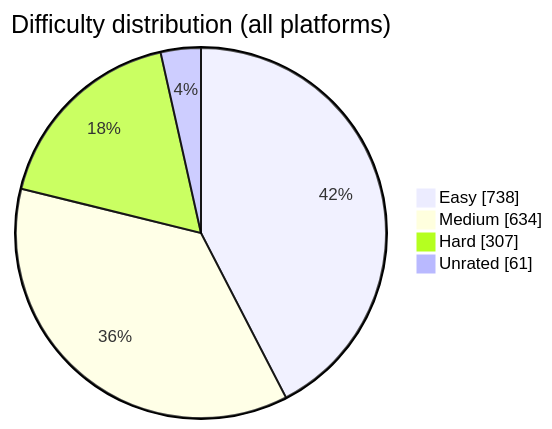
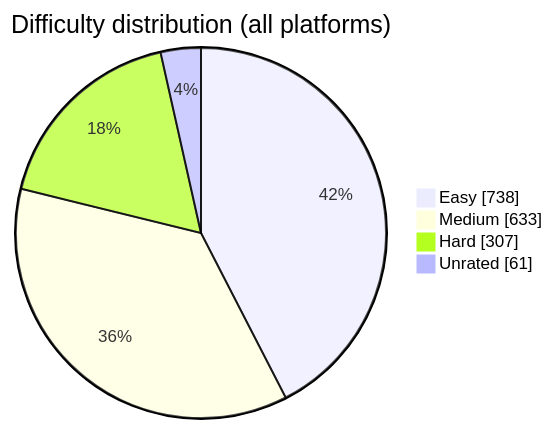
One commit to BuildbyArindam/Daily-Coding-Log changed the diagram in README.md. Above: the diagram before and after it, drawn with Mermaid. The commit also changed other lines of this file, not shown here.

````diff
--- a/README.md
+++ b/README.md
@@ -93,7 +93,7 @@
 ```mermaid
 pie showData title Difficulty distribution (all platforms)
     "Easy" : 738
-    "Medium" : 634
+    "Medium" : 633
     "Hard" : 307
     "Unrated" : 61
 ```
````
